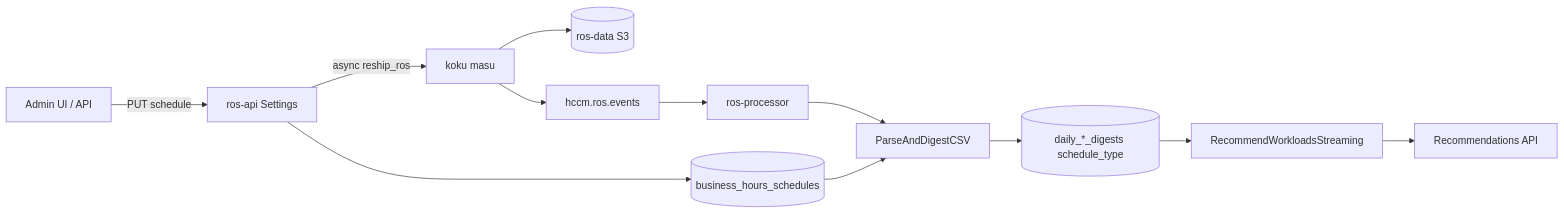
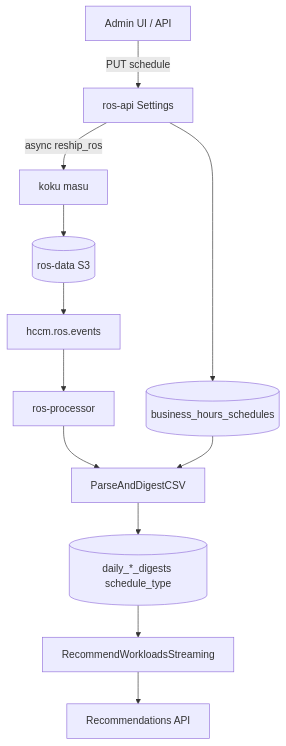
One commit to pgarciaq/ros-ocp-backend changed the diagram in docs-site/features/business-hours.md. Above: the diagram before and after it, drawn with Mermaid. The commit also changed 5 other files, not shown here.

First line of the commit message:
Fix docs-site diagrams and PVC right-sizing page layout.

````diff
--- a/docs-site/features/business-hours.md
+++ b/docs-site/features/business-hours.md
@@ -27,14 +27,14 @@
 ```mermaid
-flowchart LR
+flowchart TD
   Admin[Admin UI / API] -->|PUT schedule| ROSAPI[ros-api Settings]
   ROSAPI --> Sched[(business_hours_schedules)]
   ROSAPI -->|async reship_ros| Masu[koku masu]
   Masu --> S3[(ros-data S3)]
-  Masu --> Kafka[hccm.ros.events]
+  S3 --> Kafka[hccm.ros.events]
   Kafka --> Processor[ros-processor]
   Processor --> Ingest[ParseAndDigestCSV]
   Sched --> Ingest
   Ingest --> Digests[(daily_*_digests schedule_type)]
   Digests --> Engine[RecommendWorkloadsStreaming]
   Engine --> RecAPI[Recommendations API]
 ```
````
